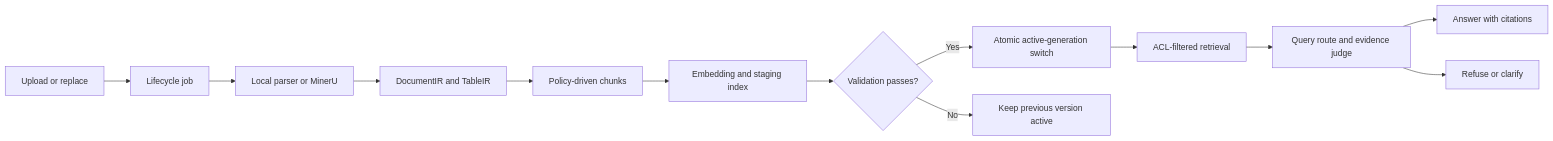
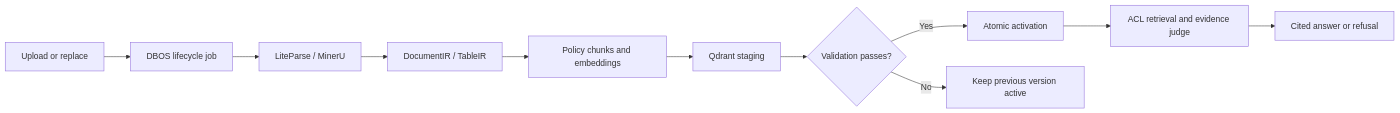
One commit to codexlin/UnoRAG changed the first of 2 diagrams in README.md. Above: the diagram before and after it, drawn with Mermaid. The commit also changed other lines of this file and 61 other files, not shown here.

````diff
--- a/README.md
+++ b/README.md
@@ -90,15 +46,13 @@
 ```mermaid
 flowchart LR
-    A["Upload or replace"] --> B["Lifecycle job"]
-    B --> C["Local parser or MinerU"]
-    C --> D["DocumentIR and TableIR"]
-    D --> E["Policy-driven chunks"]
-    E --> F["Embedding and staging index"]
+    A["Upload or replace"] --> B["DBOS lifecycle job"]
+    B --> C["LiteParse / MinerU"]
+    C --> D["DocumentIR / TableIR"]
+    D --> E["Policy chunks and embeddings"]
+    E --> F["Qdrant staging"]
     F --> G{"Validation passes?"}
-    G -- "Yes" --> H["Atomic active-generation switch"]
+    G -- "Yes" --> H["Atomic activation"]
     G -- "No" --> I["Keep previous version active"]
-    H --> J["ACL-filtered retrieval"]
-    J --> K["Query route and evidence judge"]
-    K --> L["Answer with citations"]
-    K --> M["Refuse or clarify"]
+    H --> J["ACL retrieval and evidence judge"]
+    J --> K["Cited answer or refusal"]
 ```
````
